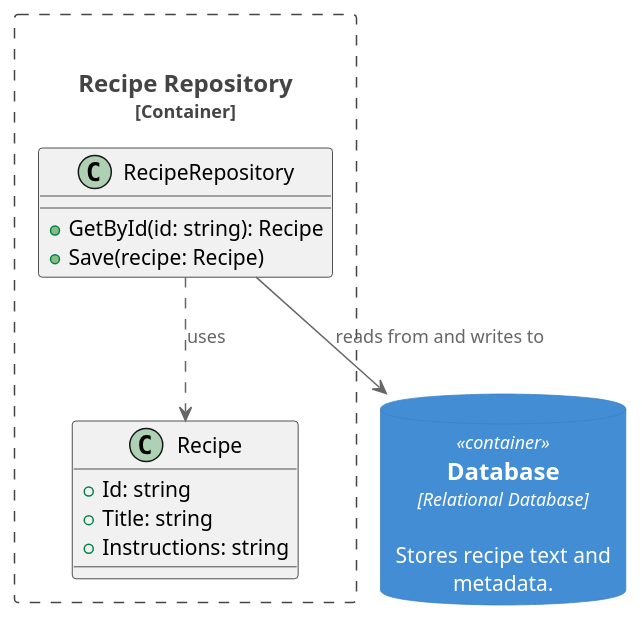
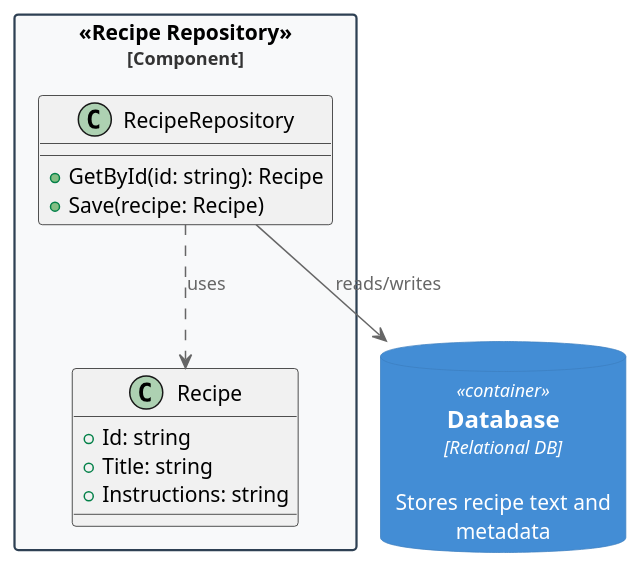
One commit to hwblx/qpr changed the diagram in templates/c4/c4-4.puml. Above: the diagram before and after it, drawn with PlantUML. The commit also changed 2 other files, not shown here.

```diff
--- a/templates/c4/c4-4.puml
+++ b/templates/c4/c4-4.puml
@@ -1,59 +1,67 @@
 @startuml
 !include <C4/C4_Context>
 !include <C4/C4_Container>
 !include <C4/C4_Component>
 
 allowmixing
 
 /'
 C4 – Code Diagram
 
 Purpose:
 Provides a focused view of selected implementation details inside a single *Component,
 when this level of detail is necessary to explain complex or non-obvious design decisions.
 
 Scope:
 - Exactly one *Component from the C3 Component Diagram
 - Only *Code Elements that are essential to understanding behavior, responsibilities,
   or extension points should be shown
 
 *Component:
 - The component being explored at code level
 
 *Code Elements:
 - Classes, interfaces, or key data structures within the component
 - Only include elements that contribute to understanding design, responsibilities, or extension points
 
 *Relationships:
 - Relationships between code elements (e.g., usage, inheritance,
   implementation, composition)
 - Direction of dependencies should be explicit where it matters
 
 Design Notes:
 - This level is optional and should be used sparingly
 - Common or trivial code structures should be omitted
 - Design patterns may be illustrated when they are central to the design
   (e.g., Factory, Strategy, Observer, Adapter)
 - This diagram is not a complete UML class diagram
 - The goal is explanation, not exhaustiveness
 '/
 
-Container_Boundary(recipe_repo_boundary, "Recipe Repository") {
+skinparam packageStyle rectangle
+skinparam package {
+    BackgroundColor #F8F9FA
+    BorderColor #2E4053
+    FontStyle bold
+}
+
+package "<<Recipe Repository>>\n<size:12><color:#333333>[Component]" as recipe_repo_boundary {
+
     class RecipeRepository {
         +GetById(id: string): Recipe
         +Save(recipe: Recipe)
     }
 
     class Recipe {
         +Id: string
         +Title: string
         +Instructions: string
     }
 }
 
-ContainerDb(database, "Database", "Relational Database", "Stores recipe text and metadata.")
+ContainerDb(database, "Database", "Relational DB", "Stores recipe text and metadata")
 
 RecipeRepository ..> Recipe : uses
-RecipeRepository --> database : reads from and writes to
+RecipeRepository --> database : reads/writes
 
 @enduml
```
